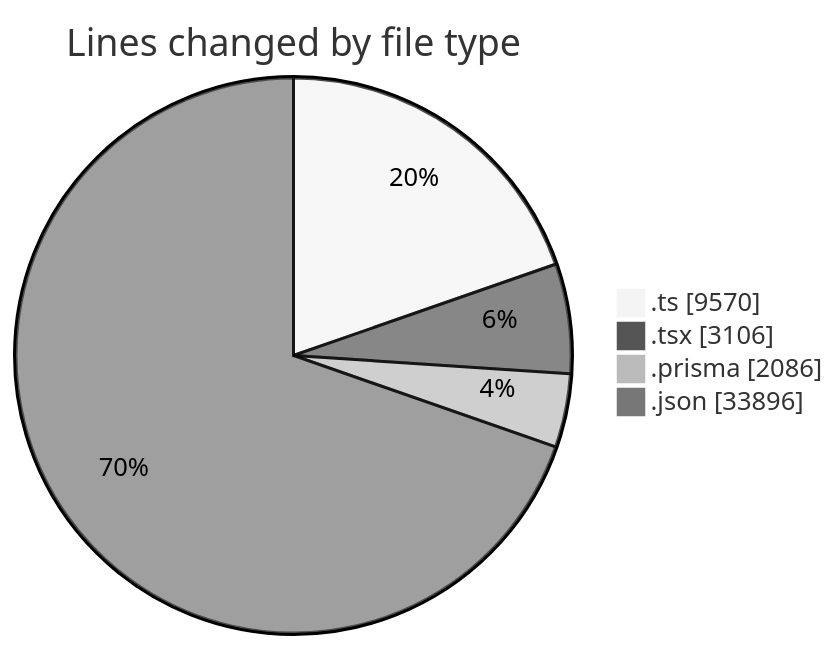
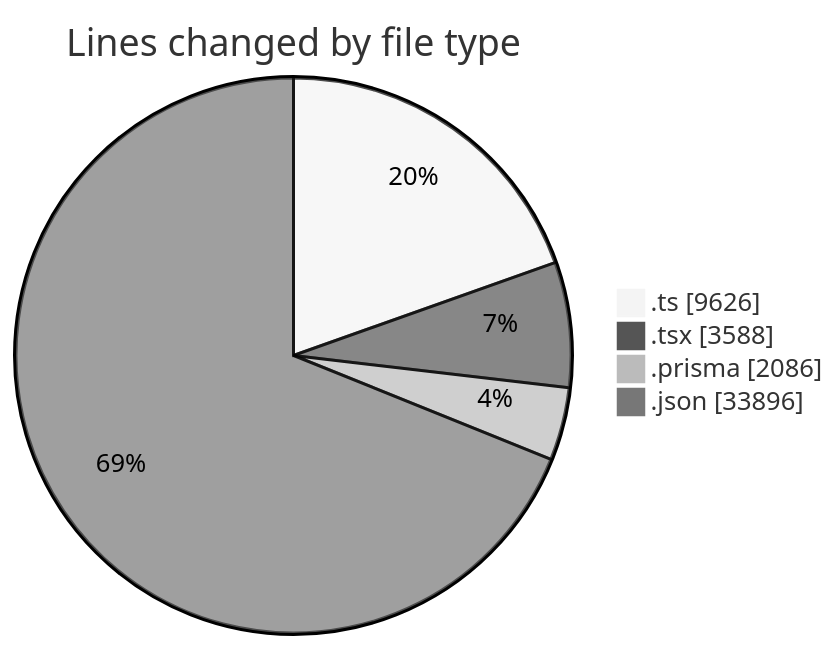
One commit to CELIANVF/code-tracking changed the first of 2 diagrams in 2025-05-19/ecodeli-1/README.md. Above: the diagram before and after it, drawn with Mermaid (neutral theme). The commit also changed other lines of this file and 1 other file, not shown here.

````diff
--- a/2025-05-19/ecodeli-1/README.md
+++ b/2025-05-19/ecodeli-1/README.md
@@ -58,8 +59,8 @@
 ```mermaid
 pie showData
 title Lines changed by file type
-".ts" : 9570
-".tsx" : 3106
+".ts" : 9626
+".tsx" : 3588
 ".prisma" : 2086
 ".json" : 33896
 ```
````
